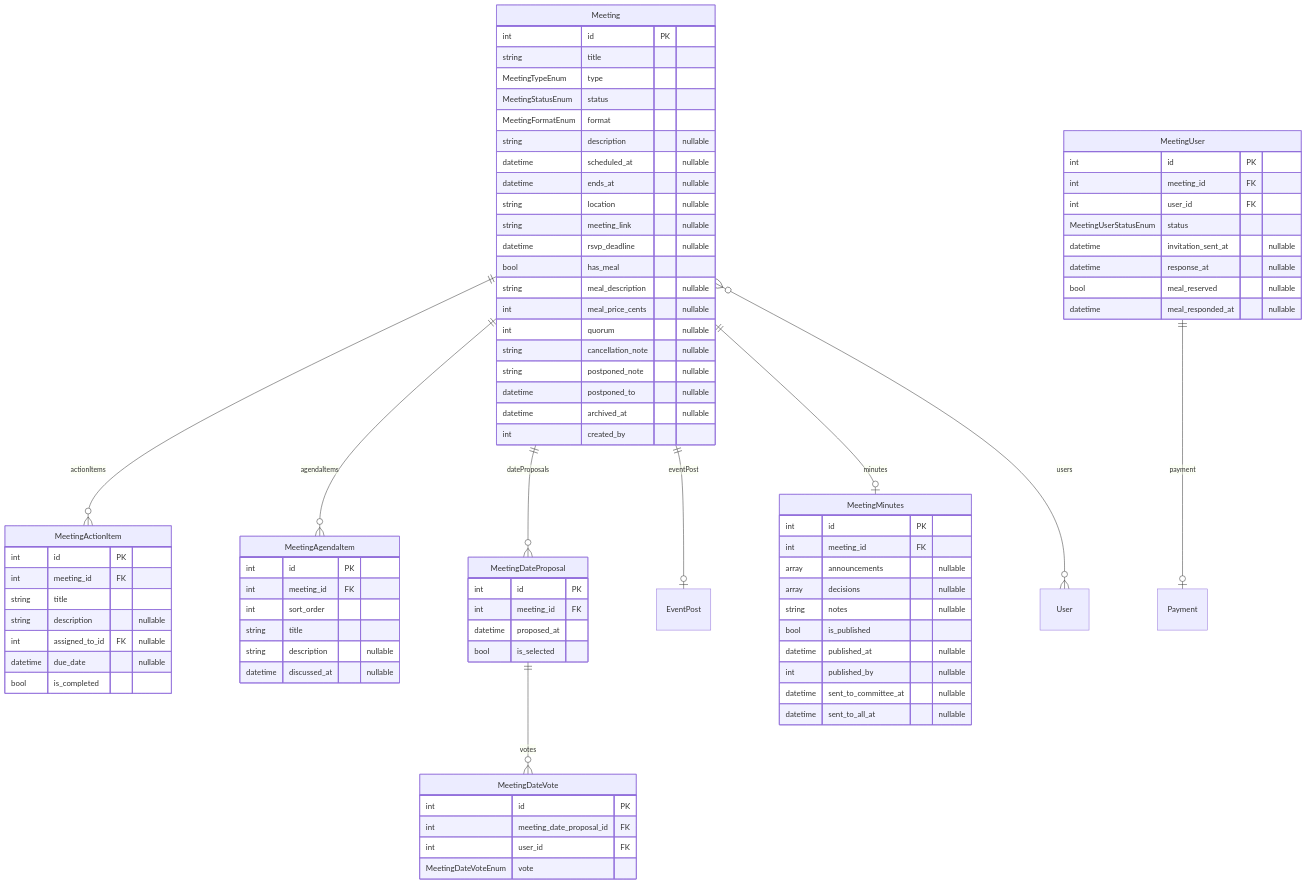
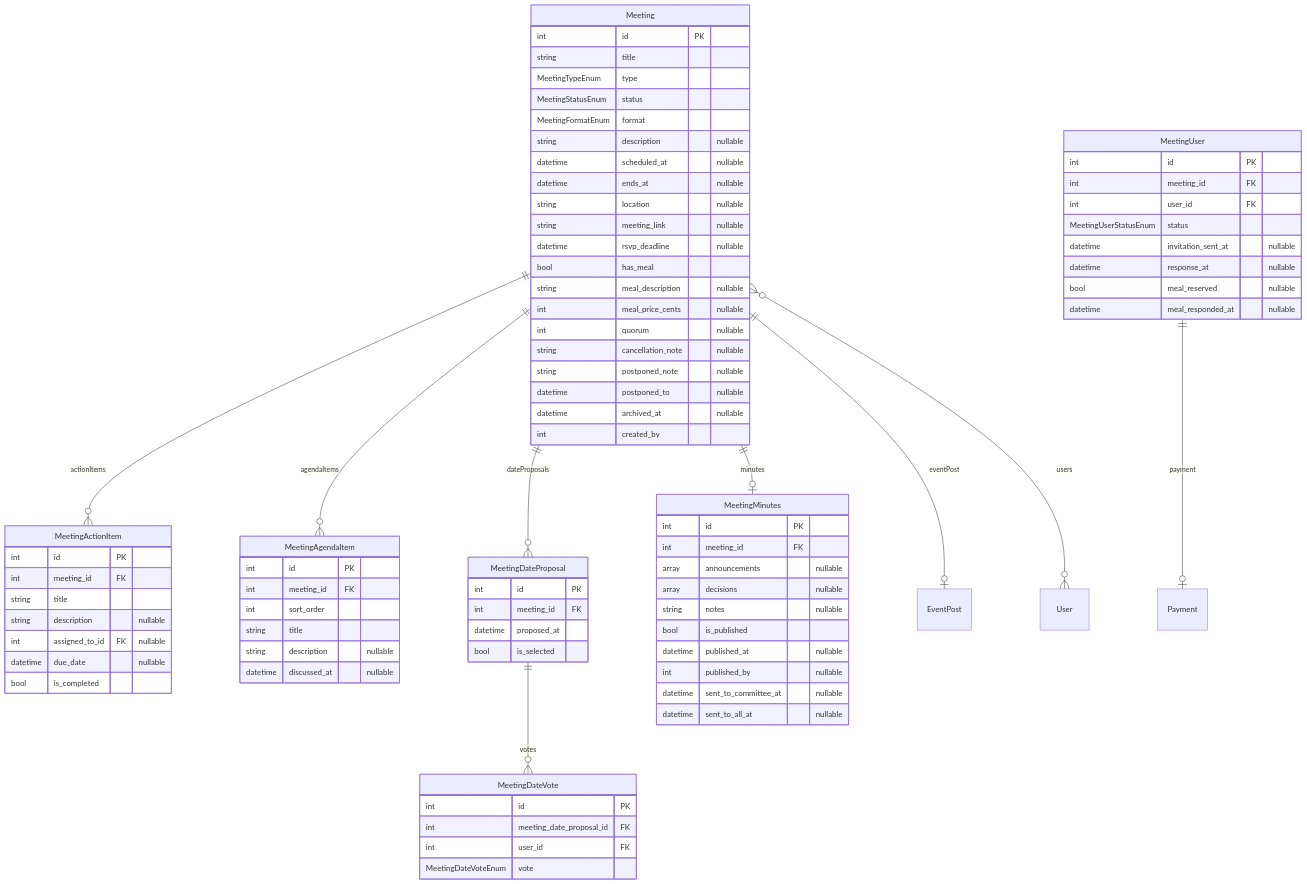
Before and after one commit to Paupoo/tabletennisclub-app: the diagram in docs/erd/meetings.md, drawn with Mermaid. The commit also changed other lines of this file and 8 other files, not shown here.

First line of the commit message:
fix(docs): make the ERD generator deterministic and keep it out of docs/

````diff
--- a/docs/erd/meetings.md
+++ b/docs/erd/meetings.md
@@ -3,5 +3,27 @@
 ```mermaid
 erDiagram
+    Meeting {
+        int id PK
+        string title
+        MeetingTypeEnum type
+        MeetingStatusEnum status
+        MeetingFormatEnum format
+        string description "nullable"
+        datetime scheduled_at "nullable"
+        datetime ends_at "nullable"
+        string location "nullable"
+        string meeting_link "nullable"
+        datetime rsvp_deadline "nullable"
+        bool has_meal
+        string meal_description "nullable"
+        int meal_price_cents "nullable"
+        int quorum "nullable"
+        string cancellation_note "nullable"
+        string postponed_note "nullable"
+        datetime postponed_to "nullable"
+        datetime archived_at "nullable"
+        int created_by
+    }
     MeetingActionItem {
         int id PK
         int meeting_id FK
@@ -10,6 +32,14 @@
         int assigned_to_id FK "nullable"
         datetime due_date "nullable"
         bool is_completed
+    }
+    MeetingAgendaItem {
+        int id PK
+        int meeting_id FK
+        int sort_order
+        string title
+        string description "nullable"
+        datetime discussed_at "nullable"
     }
     MeetingDateProposal {
         int id PK
@@ -45,43 +75,13 @@
         bool meal_reserved "nullable"
         datetime meal_responded_at "nullable"
     }
-    MeetingAgendaItem {
-        int id PK
-        int meeting_id FK
-        int sort_order
-        string title
-        string description "nullable"
-        datetime discussed_at "nullable"
-    }
-    Meeting {
-        int id PK
-        string title
-        MeetingTypeEnum type
-        MeetingStatusEnum status
-        MeetingFormatEnum format
-        string description "nullable"
-        datetime scheduled_at "nullable"
-        datetime ends_at "nullable"
-        string location "nullable"
-        string meeting_link "nullable"
-        datetime rsvp_deadline "nullable"
-        bool has_meal
-        string meal_description "nullable"
-        int meal_price_cents "nullable"
-        int quorum "nullable"
-        string cancellation_note "nullable"
-        string postponed_note "nullable"
-        datetime postponed_to "nullable"
-        datetime archived_at "nullable"
-        int created_by
-    }
 
-    MeetingDateProposal ||--o{ MeetingDateVote : "votes"
-    MeetingUser ||--o| Payment : "payment"
     Meeting ||--o{ MeetingActionItem : "actionItems"
     Meeting ||--o{ MeetingAgendaItem : "agendaItems"
     Meeting ||--o{ MeetingDateProposal : "dateProposals"
     Meeting ||--o| EventPost : "eventPost"
     Meeting ||--o| MeetingMinutes : "minutes"
     Meeting }o--o{ User : "users"
+    MeetingDateProposal ||--o{ MeetingDateVote : "votes"
+    MeetingUser ||--o| Payment : "payment"
 ```
````
